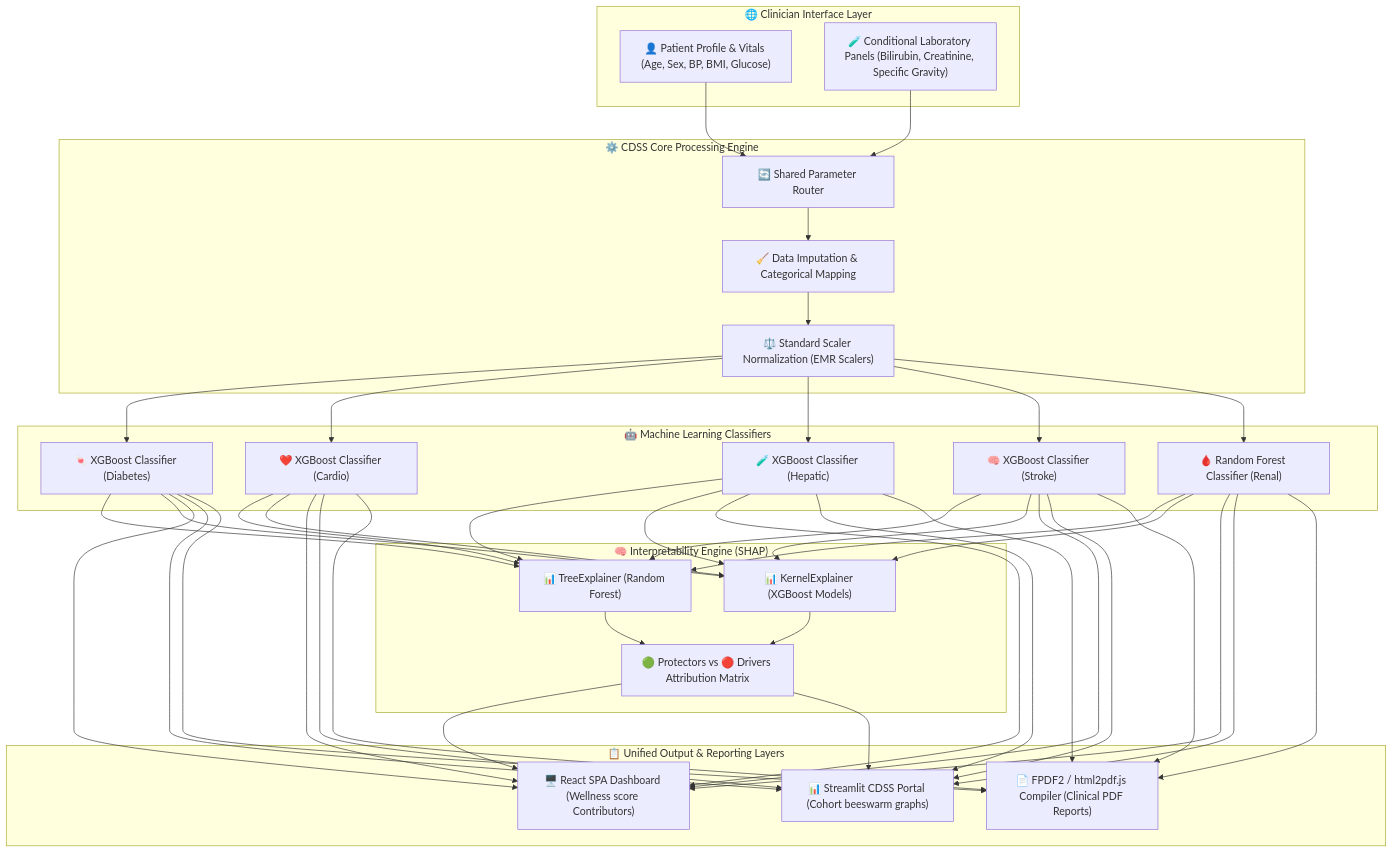
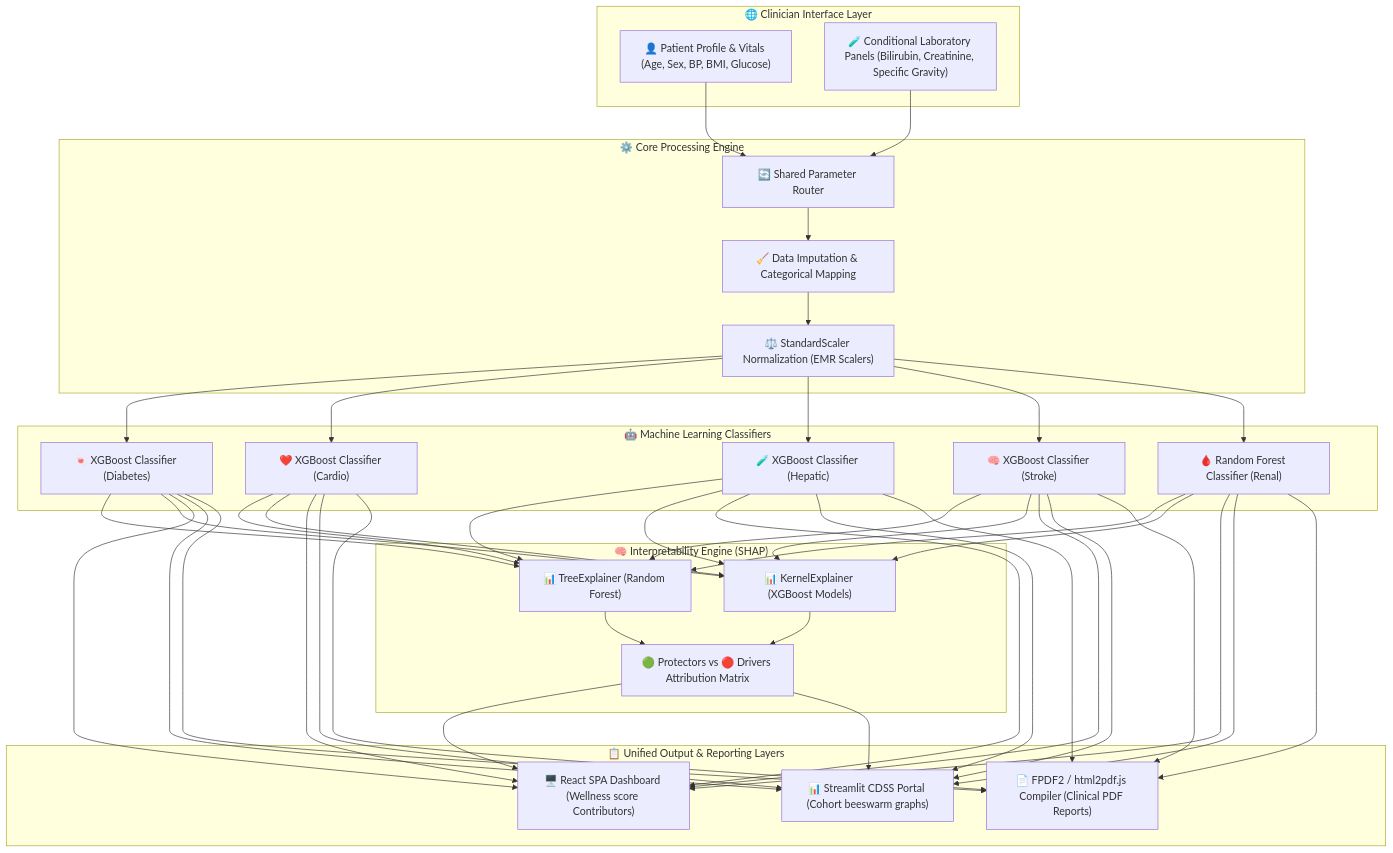
Before and after one commit to anushka06onu/AI-Healthcare-Analytics-Platform: the diagram in README.md, drawn with Mermaid. The commit also changed other lines of this file, not shown here.

Commit message:
docs: adjust README.md to high-fidelity academic portfolio standard

````diff
--- a/README.md
+++ b/README.md
@@ -67,48 +112,48 @@
 ```mermaid
 graph TD
     %% User Input
     subgraph UI ["🌐 Clinician Interface Layer"]
         A["👤 Patient Profile & Vitals (Age, Sex, BP, BMI, Glucose)"]
         B["🧪 Conditional Laboratory Panels (Bilirubin, Creatinine, Specific Gravity)"]
     end
 
     %% Routing and Preprocessing
-    subgraph Engine ["⚙️ CDSS Core Processing Engine"]
+    subgraph Engine ["⚙️ Core Processing Engine"]
         C["🔄 Shared Parameter Router"]
         D["🧹 Data Imputation & Categorical Mapping"]
-        E["⚖️ Standard Scaler Normalization (EMR Scalers)"]
+        E["⚖️ StandardScaler Normalization (EMR Scalers)"]
     end
 
     %% Classifiers
     subgraph Models ["🤖 Machine Learning Classifiers"]
         F1["🍬 XGBoost Classifier (Diabetes)"]
         F2["❤️ XGBoost Classifier (Cardio)"]
         F3["🧪 XGBoost Classifier (Hepatic)"]
         F4["🧠 XGBoost Classifier (Stroke)"]
         F5["🩸 Random Forest Classifier (Renal)"]
     end
 
     %% Explainability
     subgraph XAI ["🧠 Interpretability Engine (SHAP)"]
         G1["📊 TreeExplainer (Random Forest)"]
         G2["📊 KernelExplainer (XGBoost Models)"]
         H["🟢 Protectors vs 🔴 Drivers Attribution Matrix"]
     end
 
     %% Output Interfaces
     subgraph Out ["📋 Unified Output & Reporting Layers"]
         I1["🖥️ React SPA Dashboard (Wellness score Contributors)"]
         I2["📊 Streamlit CDSS Portal (Cohort beeswarm graphs)"]
         I3["📄 FPDF2 / html2pdf.js Compiler (Clinical PDF Reports)"]
     end
 
     A --> C
     B --> C
     C --> D
     D --> E
     E --> F1 & F2 & F3 & F4 & F5
     F1 & F2 & F3 & F4 & F5 --> G1 & G2
     G1 & G2 --> H
     F1 & F2 & F3 & F4 & F5 --> I1 & I2 & I3
     H --> I1 & I2
 ```
````
